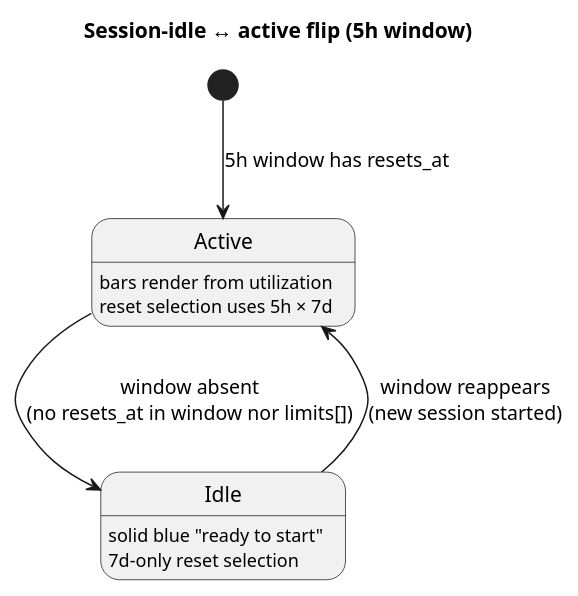
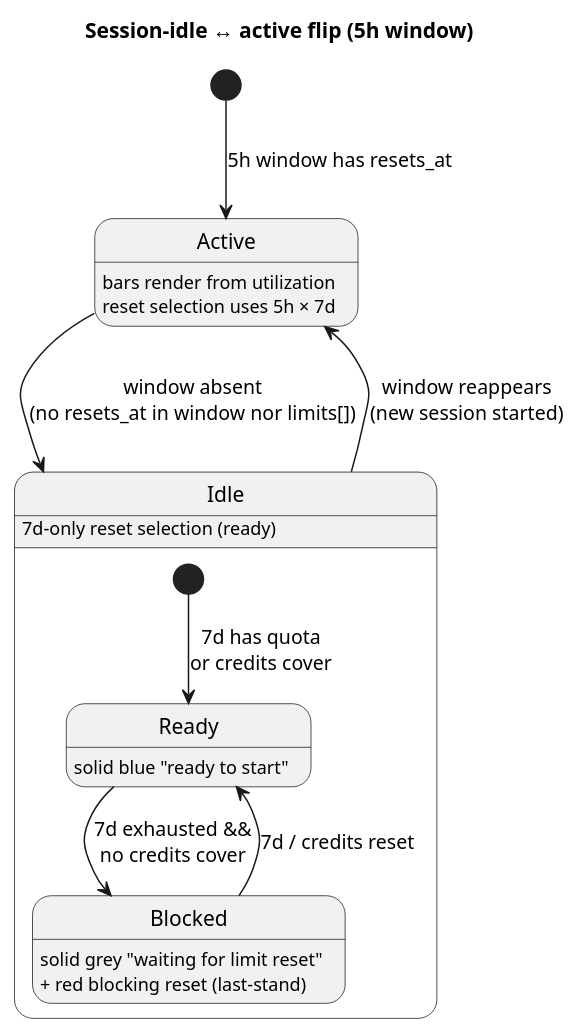
Before and after one commit to artem-from-ua/tokenpace: the fifth of 6 diagrams in docs/reference/architecture/data-flow.md, drawn with PlantUML. The commit also changed other lines of this file and 3 other files, not shown here.

First line of the commit message:
docs: ADR-0038 idle-blocked, partially supersede ADR-0027, architecture (#158)

````diff
--- a/docs/reference/architecture/data-flow.md
+++ b/docs/reference/architecture/data-flow.md
@@ -134,12 +142,18 @@
 ```plantuml
 @startuml
 title Session-idle ↔ active flip (5h window)
 [*] --> Active : 5h window has resets_at
 Active --> Idle : window absent\n(no resets_at in window nor limits[])
 Idle --> Active : window reappears\n(new session started)
 Active : bars render from utilization
 Active : reset selection uses 5h × 7d
-Idle : solid blue "ready to start"
-Idle : 7d-only reset selection
+state Idle {
+  [*] --> Ready : 7d has quota\nor credits cover
+  Ready --> Blocked : 7d exhausted &&\nno credits cover
+  Blocked --> Ready : 7d / credits reset
+  Ready : solid blue "ready to start"
+  Blocked : solid grey "waiting for limit reset"\n+ red blocking reset (last-stand)
+}
+Idle : 7d-only reset selection (ready)
 @enduml
 ```
````
